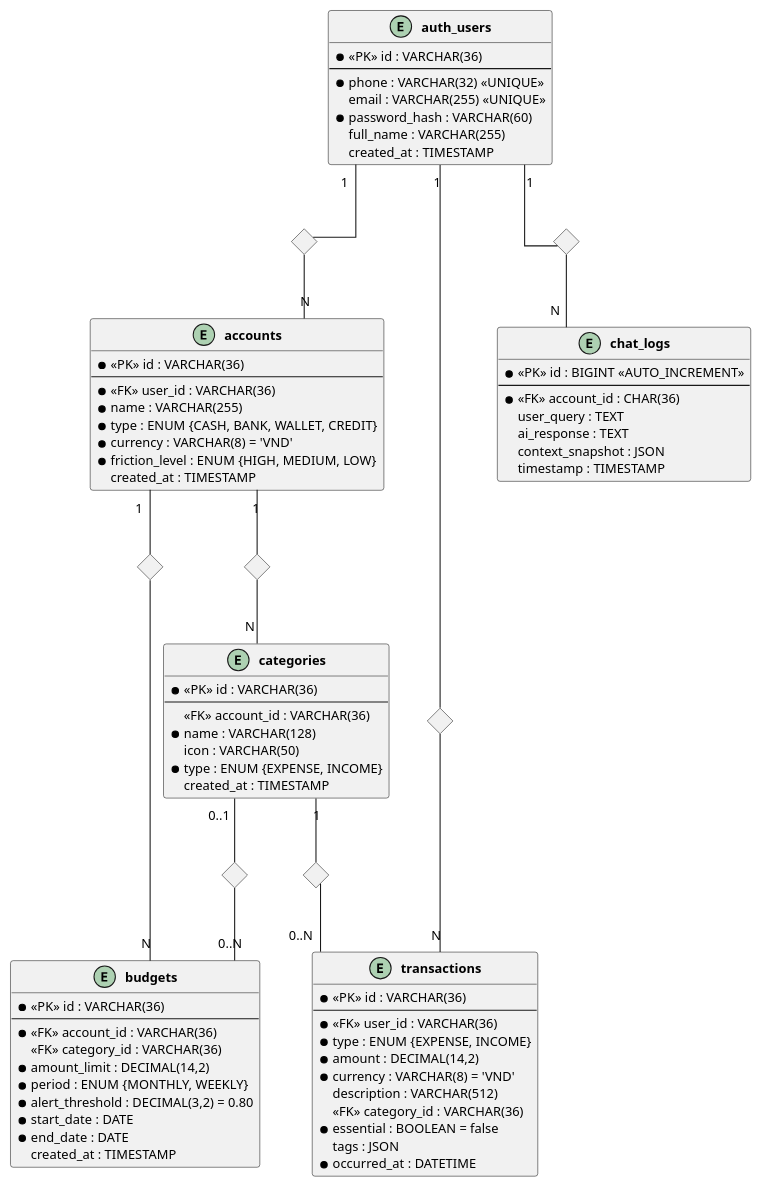
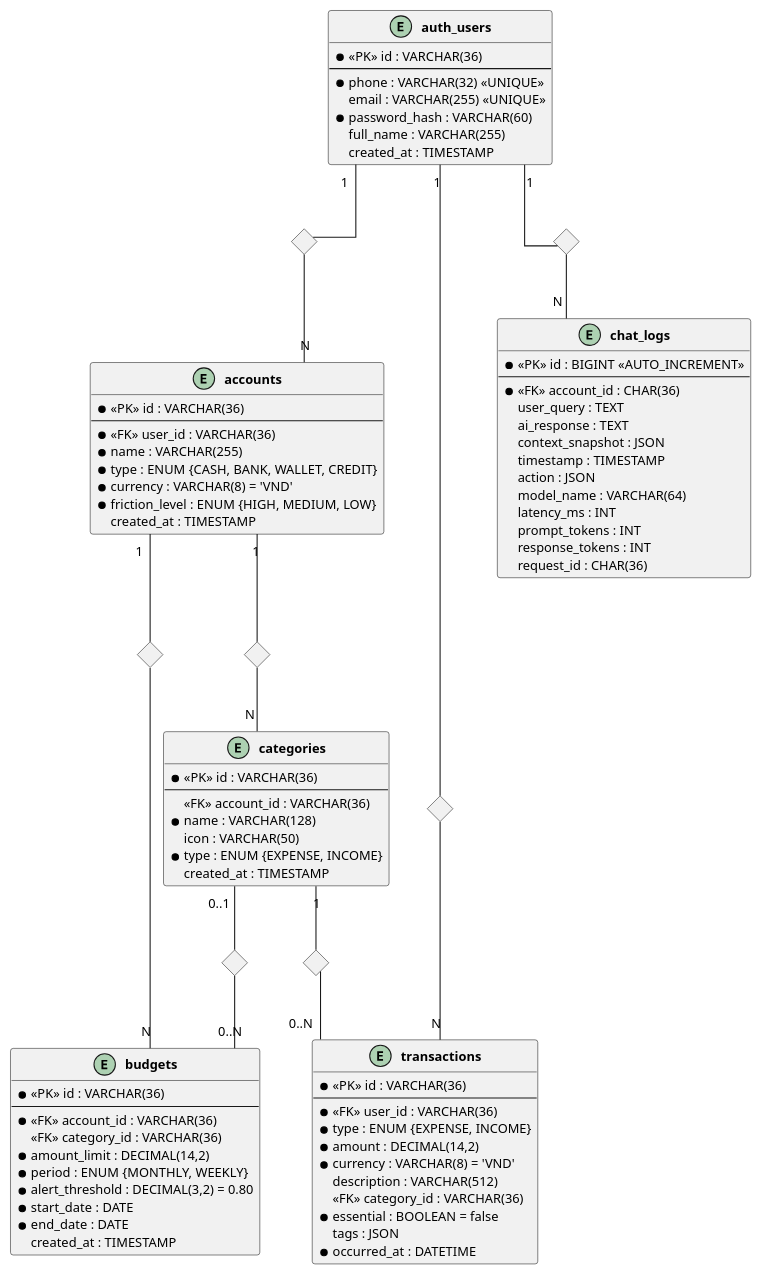
Before and after one commit to phucnguyenAtWork/AWAD2: the diagram in .diagrams/erd.puml, drawn with PlantUML. The commit also changed 43 other files, not shown here.

```diff
--- a/.diagrams/erd.puml
+++ b/.diagrams/erd.puml
@@ -1,119 +1,125 @@
 @startuml SmartFinance ERD (Chen Notation)
 
 skinparam linetype ortho
 skinparam defaultFontSize 12
 
 ' ============================================================
 '  ENTITIES (rectangles)
 ' ============================================================
 
 entity "**auth_users**" as users {
   * <<PK>> id : VARCHAR(36)
   --
   * phone : VARCHAR(32) <<UNIQUE>>
   email : VARCHAR(255) <<UNIQUE>>
   * password_hash : VARCHAR(60)
   full_name : VARCHAR(255)
   created_at : TIMESTAMP
 }
 
 entity "**accounts**" as accounts {
   * <<PK>> id : VARCHAR(36)
   --
   * <<FK>> user_id : VARCHAR(36)
   * name : VARCHAR(255)
   * type : ENUM {CASH, BANK, WALLET, CREDIT}
   * currency : VARCHAR(8) = 'VND'
   * friction_level : ENUM {HIGH, MEDIUM, LOW}
   created_at : TIMESTAMP
 }
 
 entity "**categories**" as categories {
   * <<PK>> id : VARCHAR(36)
   --
   <<FK>> account_id : VARCHAR(36)
   * name : VARCHAR(128)
   icon : VARCHAR(50)
   * type : ENUM {EXPENSE, INCOME}
   created_at : TIMESTAMP
 }
 
 entity "**transactions**" as transactions {
   * <<PK>> id : VARCHAR(36)
   --
   * <<FK>> user_id : VARCHAR(36)
   * type : ENUM {EXPENSE, INCOME}
   * amount : DECIMAL(14,2)
   * currency : VARCHAR(8) = 'VND'
   description : VARCHAR(512)
   <<FK>> category_id : VARCHAR(36)
   * essential : BOOLEAN = false
   tags : JSON
   * occurred_at : DATETIME
 }
 
 entity "**budgets**" as budgets {
   * <<PK>> id : VARCHAR(36)
   --
   * <<FK>> account_id : VARCHAR(36)
   <<FK>> category_id : VARCHAR(36)
   * amount_limit : DECIMAL(14,2)
   * period : ENUM {MONTHLY, WEEKLY}
   * alert_threshold : DECIMAL(3,2) = 0.80
   * start_date : DATE
   * end_date : DATE
   created_at : TIMESTAMP
 }
 
 entity "**chat_logs**" as chatlogs {
   * <<PK>> id : BIGINT <<AUTO_INCREMENT>>
   --
   * <<FK>> account_id : CHAR(36)
   user_query : TEXT
   ai_response : TEXT
   context_snapshot : JSON
   timestamp : TIMESTAMP
+  action : JSON
+  model_name : VARCHAR(64)
+  latency_ms : INT
+  prompt_tokens : INT
+  response_tokens : INT
+  request_id : CHAR(36)
 }
 
 ' ============================================================
 '  RELATIONSHIPS (diamonds with cardinality)
 ' ============================================================
 
 ' --- Chen-style diamonds ---
 diamond "owns" as d_owns
 diamond "has" as d_has
 diamond "records" as d_records
 diamond "classifies" as d_classifies
 diamond "has\nbudget" as d_accbud
 diamond "targets" as d_targets
 diamond "logs" as d_logs
 
 ' --- User → Account (1:N) ---
 users "1" -- d_owns
 d_owns -- "N" accounts
 
 ' --- Account → Category (1:N) ---
 accounts "1" -- d_has
 d_has -- "N" categories
 
 ' --- User → Transaction (1:N) ---
 users "1" -- d_records
 d_records -- "N" transactions
 
 ' --- Category → Transaction (1:N) ---
 categories "1" -- d_classifies
 d_classifies -- "0..N" transactions
 
 ' --- Account → Budget (1:N) ---
 accounts "1" -- d_accbud
 d_accbud -- "N" budgets
 
 ' --- Category → Budget (1:N optional) ---
 categories "0..1" -- d_targets
 d_targets -- "0..N" budgets
 
 ' --- User → ChatLog (1:N) ---
 users "1" -- d_logs
 d_logs -- "N" chatlogs
 
 @enduml
```
